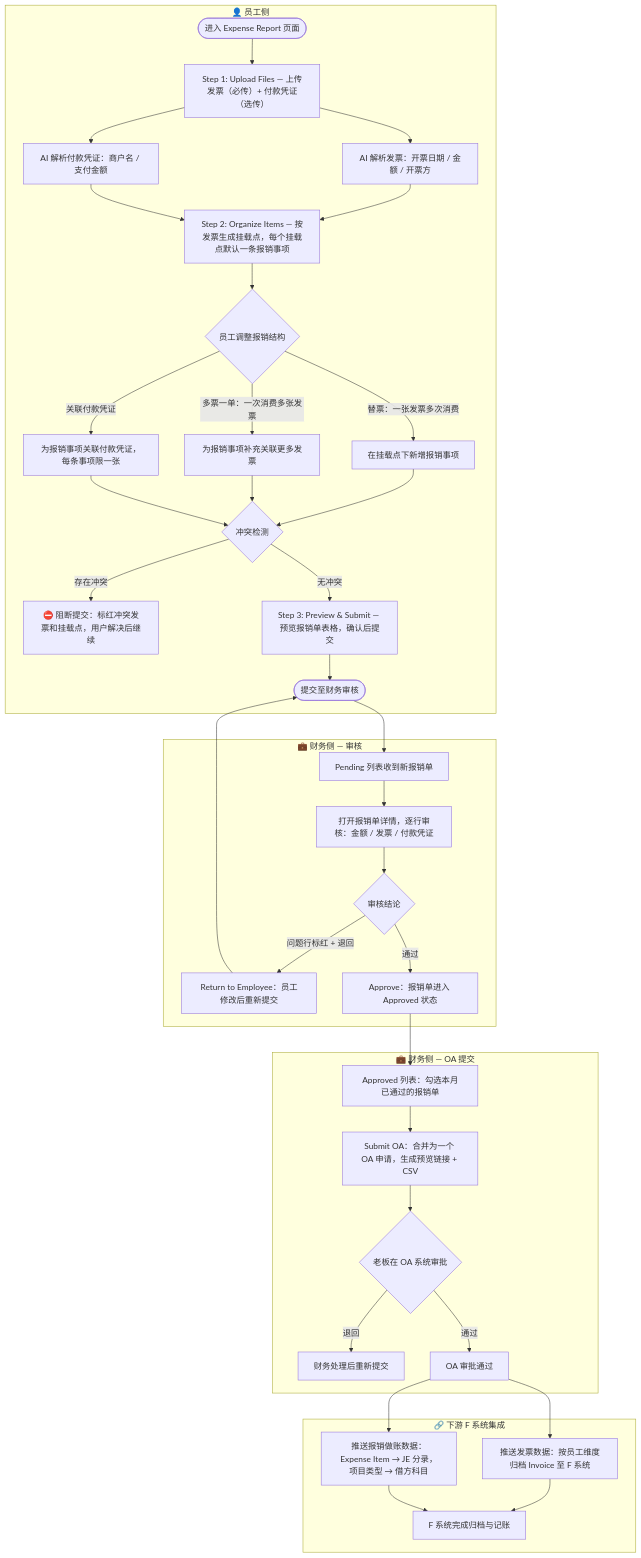
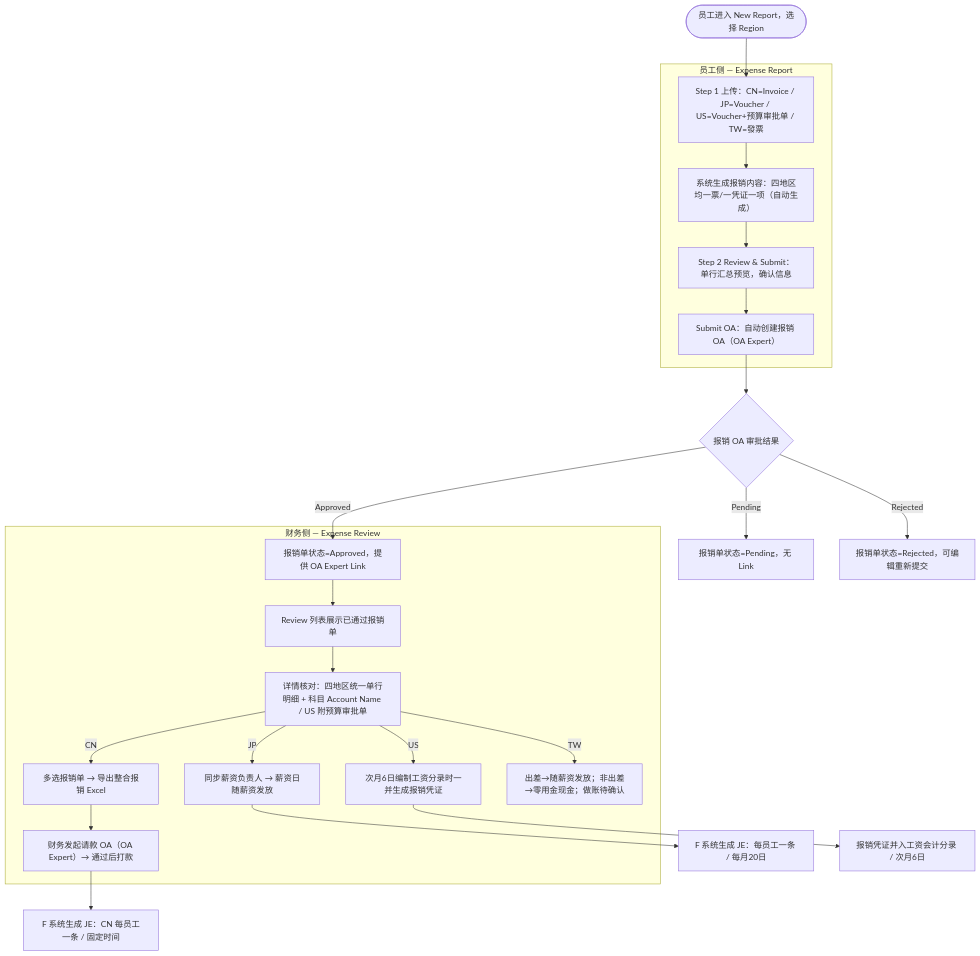
Before and after one commit to PerfectKO-wb/Doraemon-prototype: the second of 3 diagrams in D系统2.0相关文档/报销单-PRD.md, drawn with Mermaid. The commit also changed other lines of this file and 25 other files, not shown here.

````diff
--- a/D系统2.0相关文档/报销单-PRD.md
+++ b/D系统2.0相关文档/报销单-PRD.md
@@ -45,45 +177,28 @@
 ```mermaid
 flowchart TD
-    subgraph EMP["👤 员工侧"]
-        empStart([进入 Expense Report 页面])
-        empStart --> uploadFiles["Step 1: Upload Files — 上传发票（必传）+ 付款凭证（选传）"]
-        uploadFiles --> parseInv[AI 解析发票：开票日期 / 金额 / 开票方]
-        uploadFiles --> parseVc[AI 解析付款凭证：商户名 / 支付金额]
-        parseInv --> organizeItems[Step 2: Organize Items — 按发票生成挂载点，每个挂载点默认一条报销事项]
-        parseVc --> organizeItems
-        organizeItems --> adjustDecision{员工调整报销结构}
-        adjustDecision -->|替票：一张发票多次消费| addItem[在挂载点下新增报销事项]
-        adjustDecision -->|多票一单：一次消费多张发票| linkMoreInv[为报销事项补充关联更多发票]
-        adjustDecision -->|关联付款凭证| linkVc[为报销事项关联付款凭证，每条事项限一张]
-        addItem --> conflictCheck{冲突检测}
-        linkMoreInv --> conflictCheck
-        linkVc --> conflictCheck
-        conflictCheck -->|存在冲突| blocked["⛔ 阻断提交：标红冲突发票和挂载点，用户解决后继续"]
-        conflictCheck -->|无冲突| preview[Step 3: Preview & Submit — 预览报销单表格，确认后提交]
-        preview --> submitted([提交至财务审核])
+    start([员工进入 New Report，选择 Region]) --> upCN
+    subgraph EMP["员工侧 — Expense Report"]
+        upCN["Step 1 上传：CN=Invoice / JP=Voucher / US=Voucher+预算审批单 / TW=發票"]
+        upCN --> gen["系统生成报销内容：四地区均一票/一凭证一项（自动生成）"]
+        gen --> review2["Step 2 Review & Submit：单行汇总预览，确认信息"]
+        review2 --> submit["Submit OA：自动创建报销 OA（OA Expert）"]
+    end
+    submit --> oaResult{报销 OA 审批结果}
+    oaResult -->|Pending| pend[报销单状态=Pending，无 Link]
+    oaResult -->|Approved| appr[报销单状态=Approved，提供 OA Expert Link]
+    oaResult -->|Rejected| rej[报销单状态=Rejected，可编辑重新提交]
+
+    subgraph FIN["财务侧 — Expense Review"]
+        appr --> finList[Review 列表展示已通过报销单]
+        finList --> finDetail[详情核对：四地区统一单行明细 + 科目 Account Name / US 附预算审批单]
+        finDetail -->|CN| pickExport[多选报销单 → 导出整合报销 Excel]
+        pickExport --> reqOA[财务发起请款 OA（OA Expert）→ 通过后打款]
+        finDetail -->|JP| syncPayroll[同步薪资负责人 → 薪资日随薪资发放]
+        finDetail -->|US| payrollVoucher[次月6日编制工资分录时一并生成报销凭证]
+        finDetail -->|TW| twPay[出差→随薪资发放；非出差→零用金现金；做账待确认]
     end
 
-    subgraph FIN["💼 财务侧 — 审核"]
-        submitted --> pendingList[Pending 列表收到新报销单]
-        pendingList --> reviewDetail[打开报销单详情，逐行审核：金额 / 发票 / 付款凭证]
-        reviewDetail --> reviewDecision{审核结论}
-        reviewDecision -->|问题行标红 + 退回| returnToEmp[Return to Employee：员工修改后重新提交]
-        returnToEmp --> submitted
-        reviewDecision -->|通过| approved[Approve：报销单进入 Approved 状态]
-    end
-
-    subgraph OA_FLOW["💼 财务侧 — OA 提交"]
-        approved --> approvedList[Approved 列表：勾选本月已通过的报销单]
-        approvedList --> submitOA[Submit OA：合并为一个 OA 申请，生成预览链接 + CSV]
-        submitOA --> bossDecision{老板在 OA 系统审批}
-        bossDecision -->|退回| oaRework[财务处理后重新提交]
-        bossDecision -->|通过| oaApproved[OA 审批通过]
-    end
-
-    subgraph DS["🔗 下游 F 系统集成"]
-        oaApproved --> pushInvoice[推送发票数据：按员工维度归档 Invoice 至 F 系统]
-        oaApproved --> pushJE[推送报销做账数据：Expense Item → JE 分录，项目类型 → 借方科目]
-        pushInvoice --> fsystemDone[F 系统完成归档与记账]
-        pushJE --> fsystemDone
-    end
+    reqOA --> je[F 系统生成 JE：CN 每员工一条 / 固定时间]
+    syncPayroll --> jeJP[F 系统生成 JE：每员工一条 / 每月20日]
+    payrollVoucher --> jeUS[报销凭证并入工资会计分录 / 次月6日]
 ```
````
